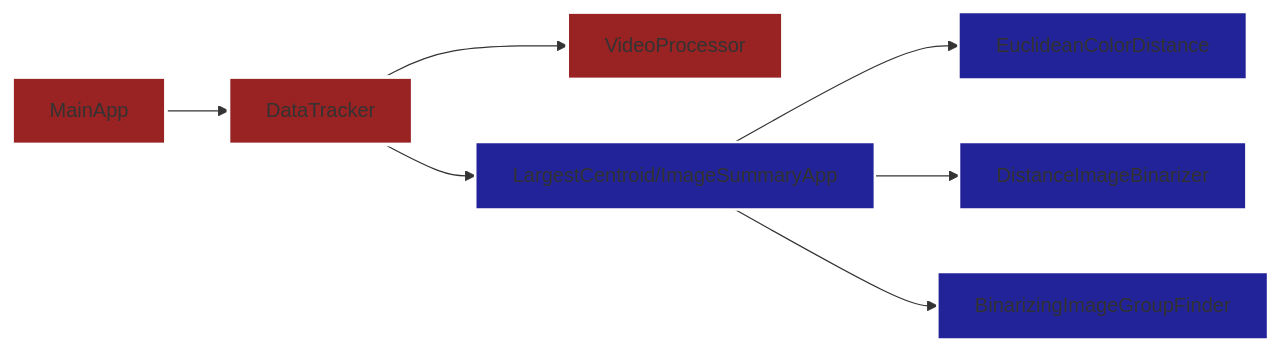
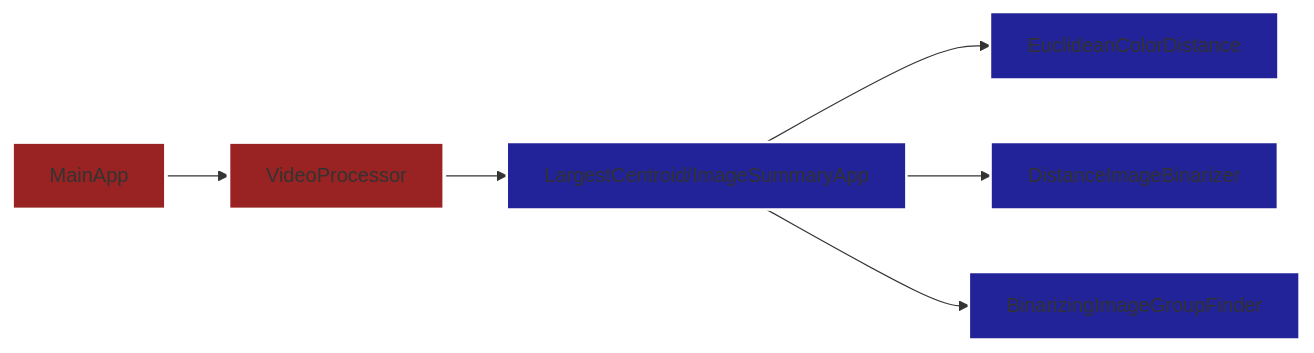
Before and after one commit to auberonedu/centroid-finder: the first of 2 diagrams in planning.md, drawn with Mermaid. The commit also changed other lines of this file and 2 other files, not shown here.

````diff
--- a/planning.md
+++ b/planning.md
@@ -14,9 +14,8 @@
 ```mermaid
 graph LR
-    MainApp:::new --> DataTracker:::new --> VideoProcessor:::new 
-    
-    DataTracker --> LargestCentroid/ImageSummaryApp:::prev --> EuclideanColorDistance:::prev & DistanceImageBinarizer:::prev & BinarizingImageGroupFinder:::prev
+    MainApp:::new --> 
+    VideoProcessor:::new --> LargestCentroid/ImageSummaryApp:::prev --> EuclideanColorDistance:::prev & DistanceImageBinarizer:::prev & BinarizingImageGroupFinder:::prev
 
     classDef new fill:#922, stroke:#fff, stroke-width:3px;
     classDef prev fill:#229, stroke:#fff, stroke-width:2px;
 ```
````
